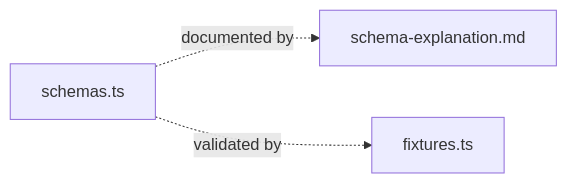
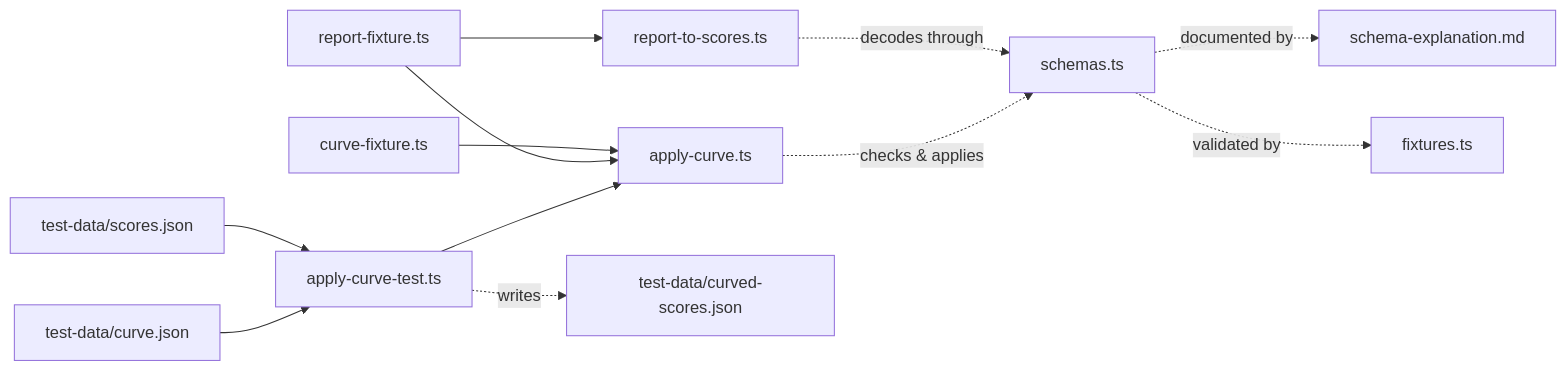
The diagram in score-post-llm-pipeline/v3-effect/index.md (paideia-ai/tech-doc-axiia), drawn with Mermaid before and after one commit. The commit also changed other lines of this file and 10 other files, not shown here.

First line of the commit message:
Align applyCurve with production: single overall_grade, add JSON test

````diff
--- a/score-post-llm-pipeline/v3-effect/index.md
+++ b/score-post-llm-pipeline/v3-effect/index.md
@@ -11,5 +20,14 @@
 ```mermaid
 graph LR
     S[schemas.ts] -. "documented by" .-> E[schema-explanation.md]
     S -. "validated by" .-> F[fixtures.ts]
+    RF[report-fixture.ts] --> RT[report-to-scores.ts]
+    RT -. "decodes through" .-> S
+    CF[curve-fixture.ts] --> AC[apply-curve.ts]
+    RF --> AC
+    AC -. "checks & applies" .-> S
+    SJ[test-data/scores.json] --> ACT[apply-curve-test.ts]
+    CJ[test-data/curve.json] --> ACT
+    ACT -. "writes" .-> CSJ[test-data/curved-scores.json]
+    ACT --> AC
 ```
````
